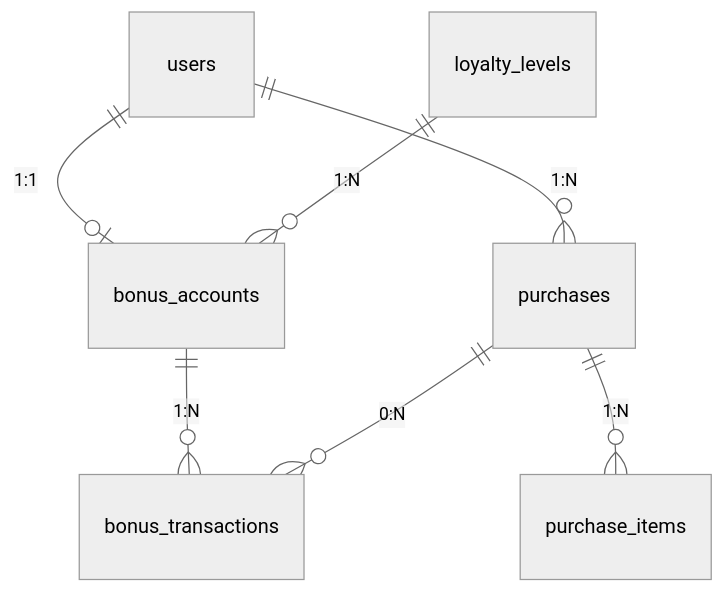
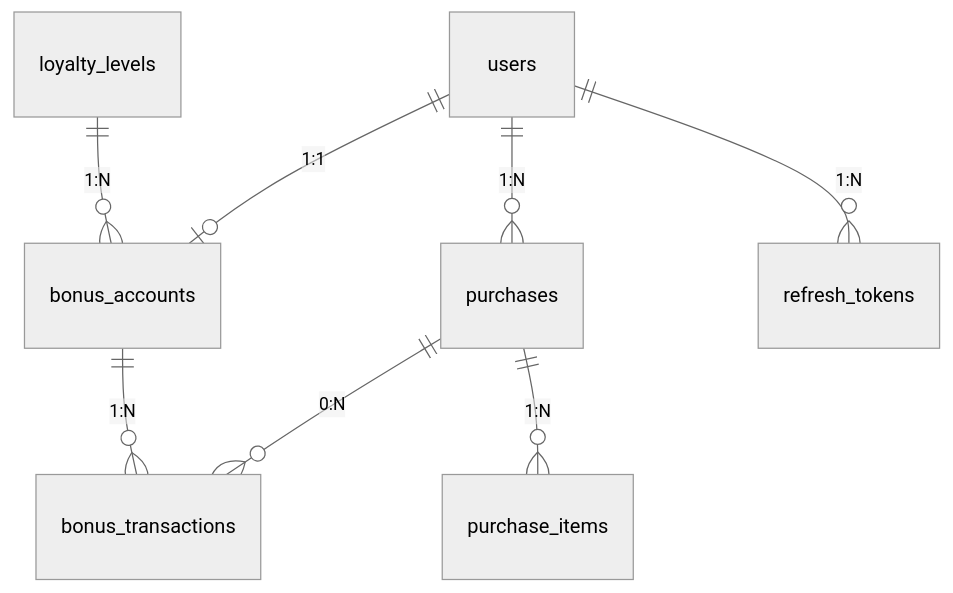
One commit to Dantikal/Kumurska changed the diagram in docs/data-model.md. Above: the diagram before and after it, drawn with Mermaid (neutral theme). The commit also changed other lines of this file and 26 other files, not shown here.

````diff
--- a/docs/data-model.md
+++ b/docs/data-model.md
@@ -122,9 +155,10 @@
 ```mermaid
 erDiagram
     users ||--o| bonus_accounts : "1:1"
     loyalty_levels ||--o{ bonus_accounts : "1:N"
     bonus_accounts ||--o{ bonus_transactions : "1:N"
     purchases ||--o{ bonus_transactions : "0:N"
     users ||--o{ purchases : "1:N"
+    users ||--o{ refresh_tokens : "1:N"
     purchases ||--o{ purchase_items : "1:N"
 ```
````
